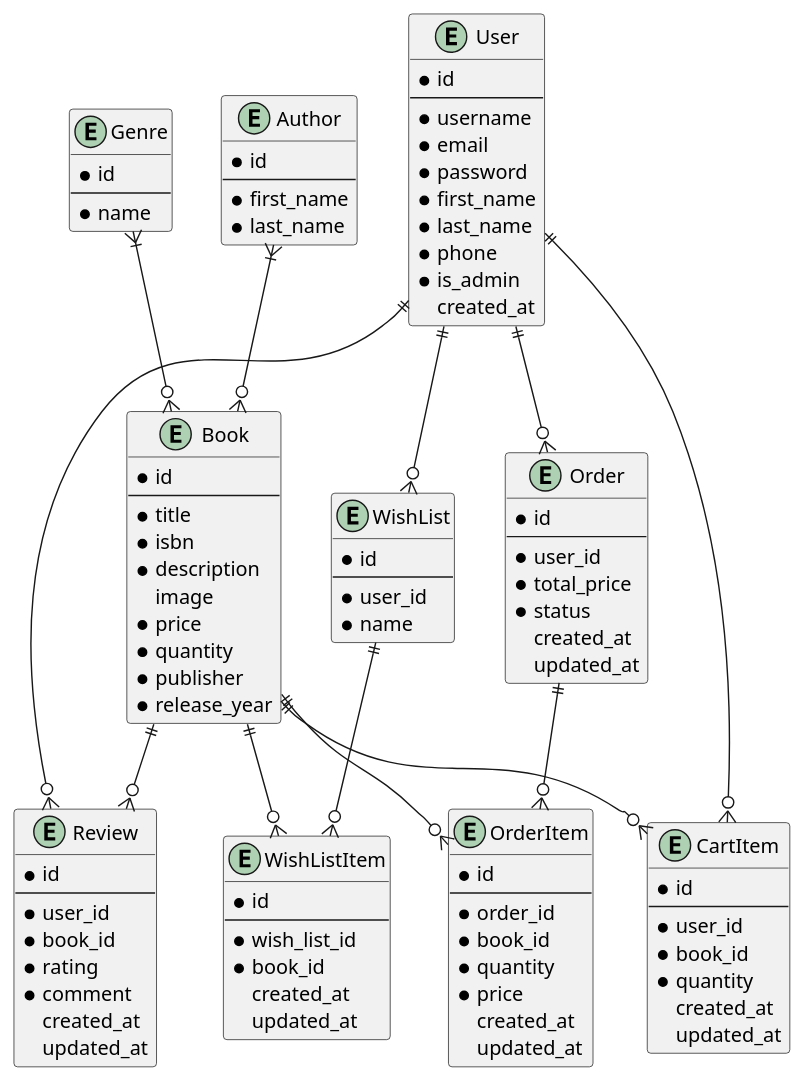
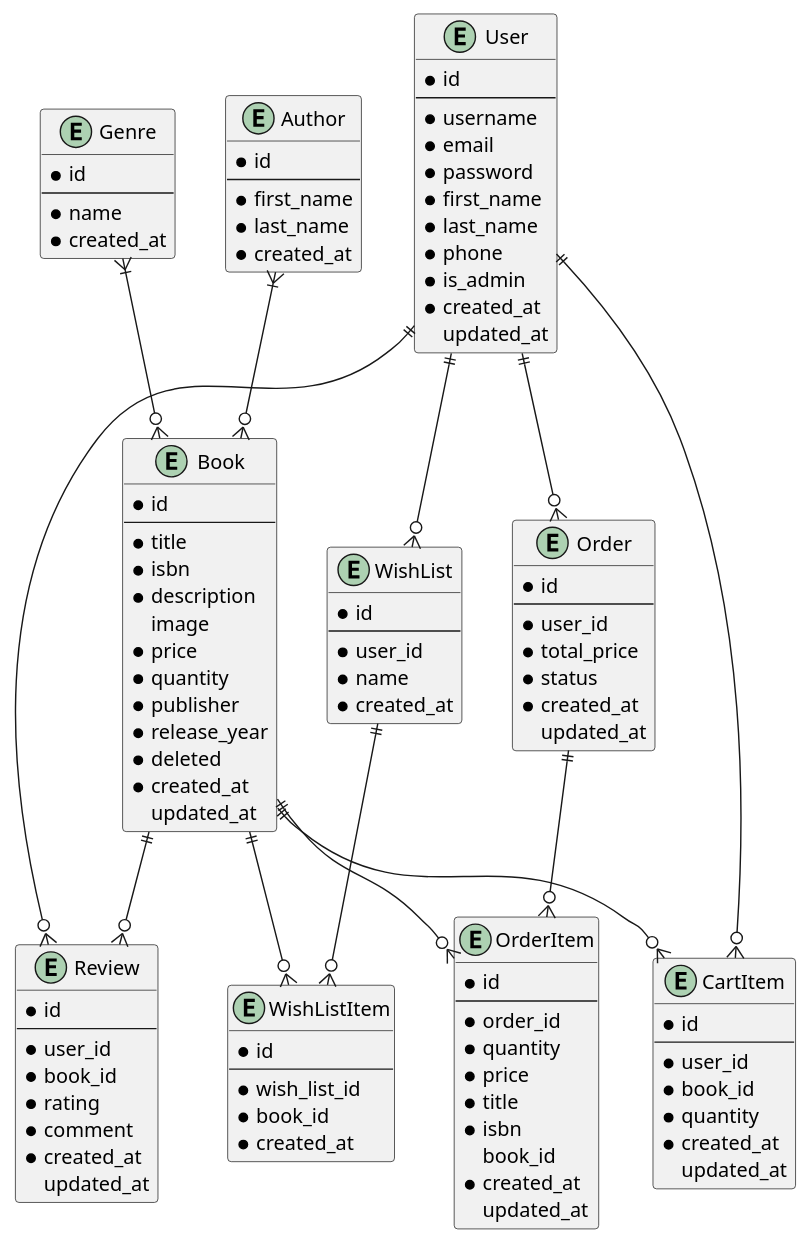
The diagram in Diagrams/ERD.puml (kacvinsky-tom/BookHub), drawn with PlantUML before and after one commit.

Commit message:
implemented changes based on merge request !1 proposals

```diff
--- a/Diagrams/ERD.puml
+++ b/Diagrams/ERD.puml
@@ -1,115 +1,121 @@
 @startuml
 
 entity User {
     *id
     --
     *username
     *email
     *password
     *first_name
     *last_name
     *phone
     *is_admin
-    created_at
+    *created_at
+    updated_at
 }
 
 entity Book {
     *id
     --
     *title
     *isbn
     *description
     image
     *price
     *quantity
     *publisher
     *release_year
+    *deleted
+    *created_at
+    updated_at
 }
 
 entity Genre {
     *id
     --
     *name
+    *created_at
 }
 
 entity Author {
     *id
     --
     *first_name
     *last_name
+    *created_at
 }
 
 entity Order {
     *id
     --
     *user_id
     *total_price
     *status
-    created_at
+    *created_at
     updated_at
 }
 
 entity OrderItem {
     *id
     --
     *order_id
-    *book_id
     *quantity
     *price
-    created_at
+    *title
+    *isbn
+    book_id
+    *created_at
     updated_at
 }
 
 entity CartItem {
     *id
     --
     *user_id
     *book_id
     *quantity
-    created_at
+    *created_at
     updated_at
 }
 
 entity Review {
     *id
     --
     *user_id
     *book_id
     *rating
     *comment
-    created_at
+    *created_at
     updated_at
 }
 
 entity WishList {
     *id
     --
     *user_id
     *name
+    *created_at
 }
 
 entity WishListItem {
     *id
     --
     *wish_list_id
     *book_id
-    created_at
-    updated_at
+    *created_at
 }
 
 User ||--o{ Order
 Order ||--o{ OrderItem
 User ||--o{ CartItem
 Book ||--o{ CartItem
 User ||--o{ Review
 Book ||--o{ Review
 User ||--o{ WishList
 WishList ||--o{ WishListItem
 Book ||--o{ WishListItem
 Book ||--o{ OrderItem
 Author }|--o{ Book
 Genre }|--o{ Book
 
-
-
 @enduml
```
